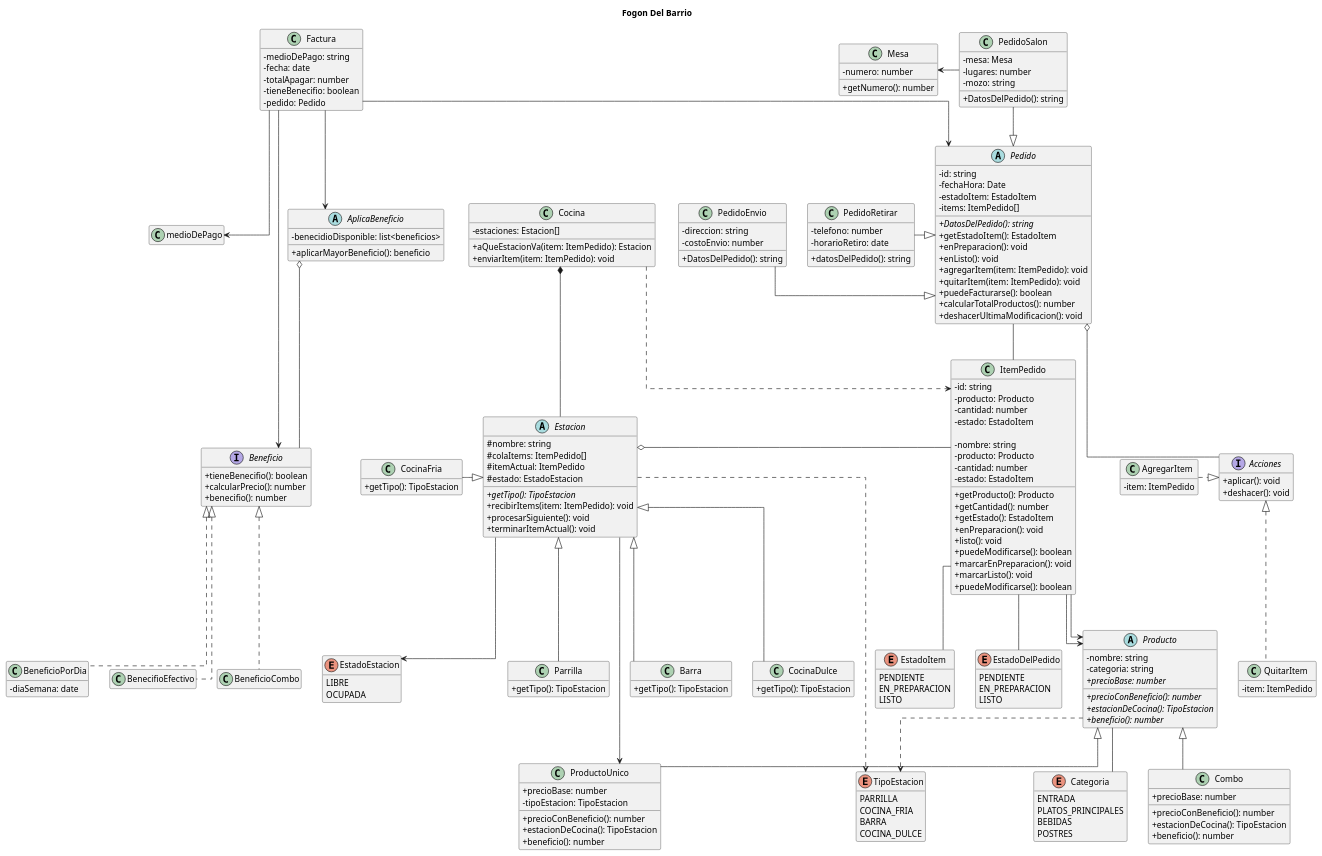
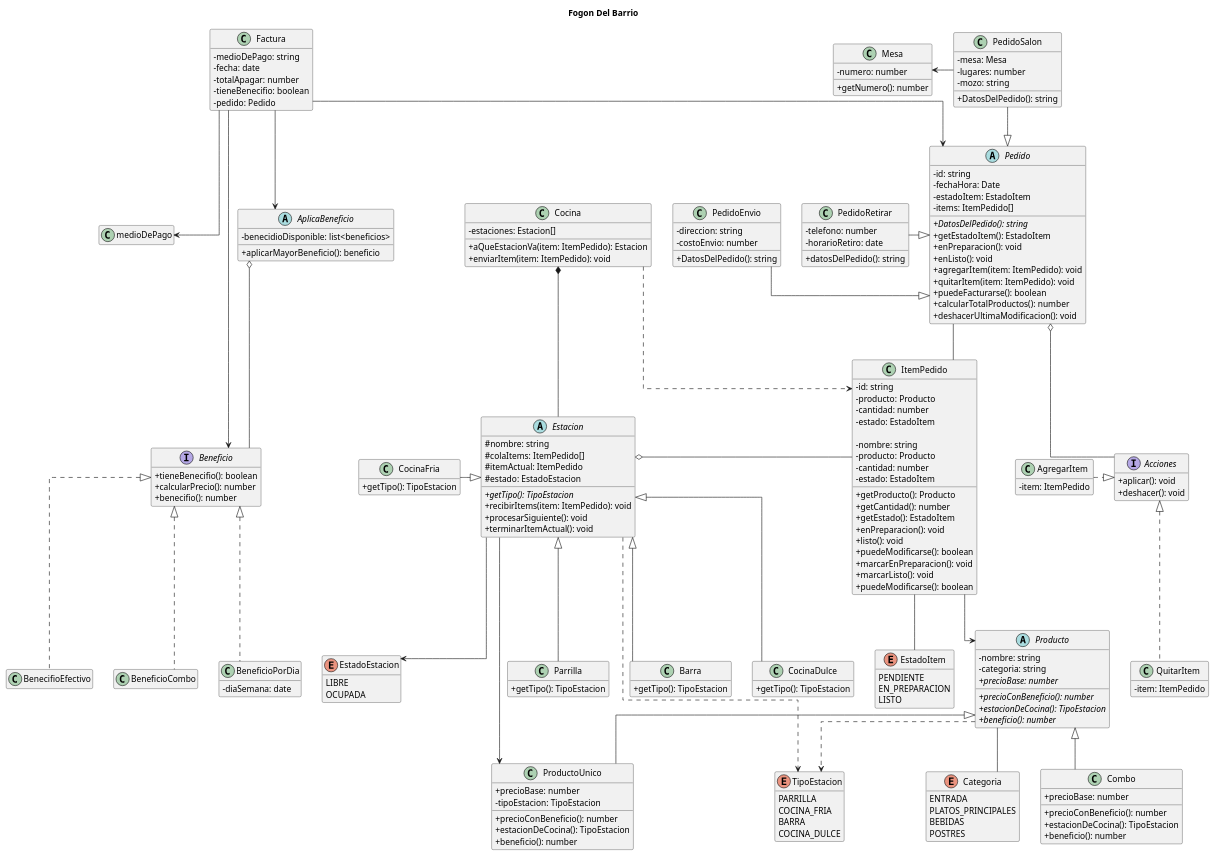
One commit to Laszlo-GAN/TP-Programacion-2--Grupo-12 changed the diagram in diagrama/diagrama de clases 2.puml. Above: the diagram before and after it, drawn with PlantUML.

Commit message:
Diagrama actualizado, me voy a dormir . bye

```diff
--- a/diagrama/diagrama de clases 2.puml
+++ b/diagrama/diagrama de clases 2.puml
@@ -37,11 +37,7 @@
   + puedeModificarse(): boolean
 }
 
-enum EstadoDelPedido{
-  PENDIENTE
-  EN_PREPARACION
-  LISTO
-}
+
 
 class PedidoSalon {
   - mesa: Mesa
@@ -209,8 +205,8 @@
 
 }
 
-ItemPedido -- EstadoDelPedido
-ItemPedido --> Producto
+
+
 Pedido -- ItemPedido
 Pedido <|-u- PedidoSalon
 Pedido <|-l- PedidoRetirar
```
